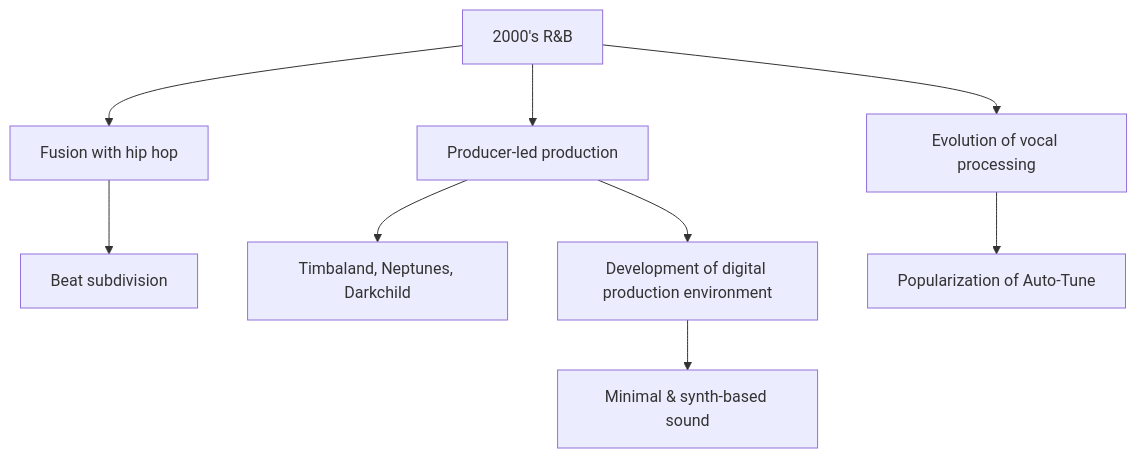
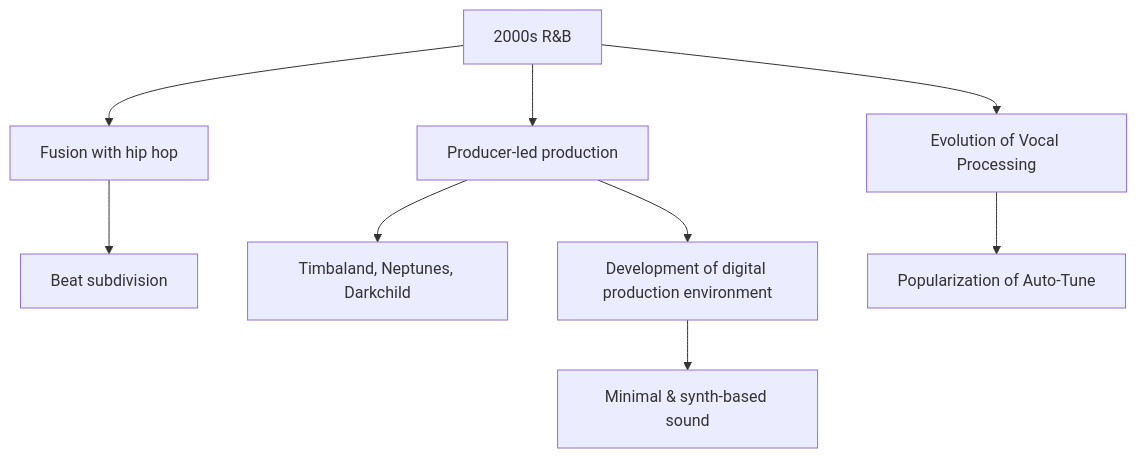
One commit to monumental-movement/monumental-movement.github.io changed the second of 2 diagrams in en/_posts/2025-11-20-column-2000s-r-and-b.md. Above: the diagram before and after it, drawn with Mermaid. The commit also changed other lines of this file and 851 other files, not shown here.

```diff
--- a/en/_posts/2025-11-20-column-2000s-r-and-b.md
+++ b/en/_posts/2025-11-20-column-2000s-r-and-b.md
@@ -252,15 +252,15 @@
 <div class="mermaid">
 
 flowchart TD
 
-A["2000's R&B"] --> B["Fusion with hip hop"]
+A["2000s R&B"] --> B["Fusion with hip hop"]
 A --> C["Producer-led production"]
-A --> D["Evolution of vocal processing"]
+A --> D["Evolution of Vocal Processing"]
 B --> E["Beat subdivision"]
 C --> F["Timbaland, Neptunes, Darkchild"]
 D --> G["Popularization of Auto-Tune"]
 C --> H["Development of digital production environment"]
 H --> I["Minimal & synth-based sound"]
 
 
 </div>
```
